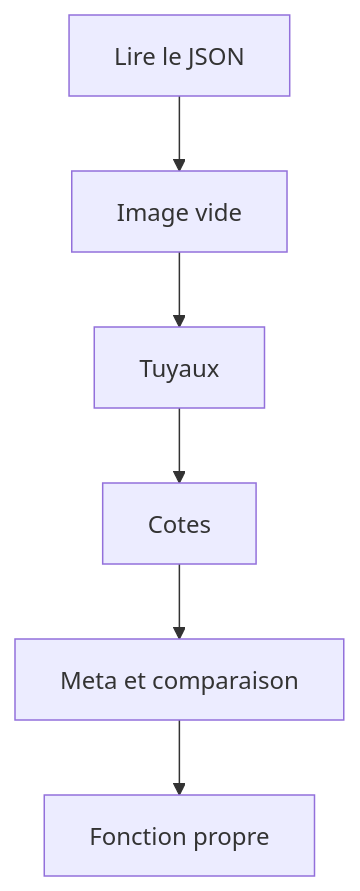
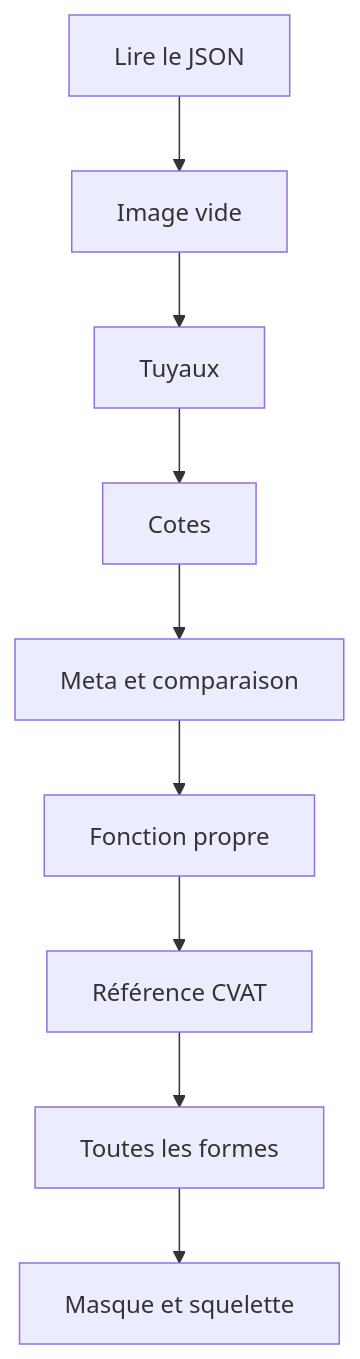
One commit to galsen-76/Informatique- changed the diagram in 07 — Exercices et projets/Projet - Graphe vers XML CVAT/Projet - Convertir le graphe en XML CVAT.md. Above: the diagram before and after it, drawn with Mermaid. The commit also changed other lines of this file and 5 other files, not shown here.

First line of the commit message:
docs: les 9 formes CVAT dans la fiche du format, étapes 07 à 09 du projet graphe vers XML

````diff
--- a/07 — Exercices et projets/Projet - Graphe vers XML CVAT/Projet - Convertir le graphe en XML CVAT.md
+++ b/07 — Exercices et projets/Projet - Graphe vers XML CVAT/Projet - Convertir le graphe en XML CVAT.md
@@ -24,8 +24,11 @@
 ```mermaid
 flowchart TD
   A[Lire le JSON] --> B[Image vide]
   B --> C[Tuyaux]
   C --> D[Cotes]
   D --> E[Meta et comparaison]
   E --> F[Fonction propre]
+  F --> G[Référence CVAT]
+  G --> H[Toutes les formes]
+  H --> I[Masque et squelette]
 ```
````
